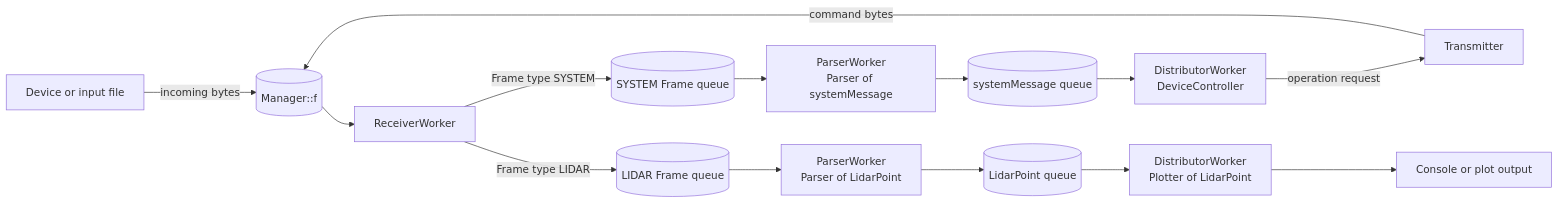
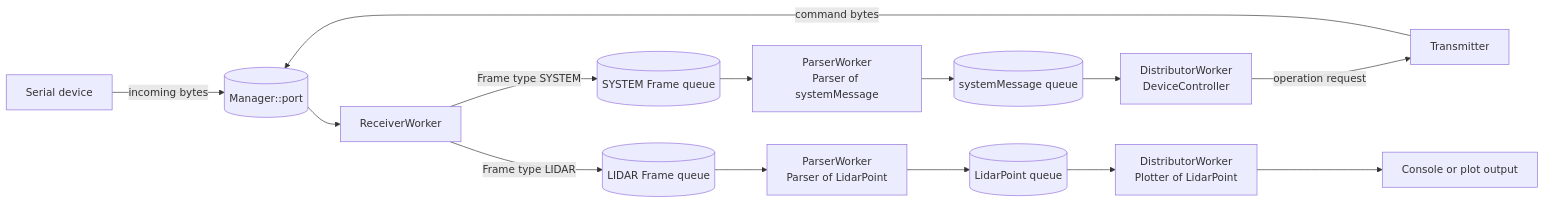
One commit to kei185-codex/my-plot changed the second of 3 diagrams in docs/architecture.md. Above: the diagram before and after it, drawn with Mermaid. The commit also changed other lines of this file and 5 other files, not shown here.

````diff
--- a/docs/architecture.md
+++ b/docs/architecture.md
@@ -111,25 +110,25 @@
 ```mermaid
 flowchart LR
-    source[Device or input file]
-    io[(Manager::f)]
+    source[Serial device]
+    io[(Manager::port)]
     receiver[ReceiverWorker]
     systemFrames[(SYSTEM Frame queue)]
     lidarFrames[(LIDAR Frame queue)]
     systemParser[ParserWorker<br/>Parser of systemMessage]
     lidarParser[ParserWorker<br/>Parser of LidarPoint]
     systemData[(systemMessage queue)]
     lidarData[(LidarPoint queue)]
     controller[DistributorWorker<br/>DeviceController]
     plotter[DistributorWorker<br/>Plotter of LidarPoint]
     transmitter[Transmitter]
     output[Console or plot output]
 
     source -->|incoming bytes| io
     io --> receiver
     receiver -->|Frame type SYSTEM| systemFrames
     receiver -->|Frame type LIDAR| lidarFrames
     systemFrames --> systemParser --> systemData --> controller
     lidarFrames --> lidarParser --> lidarData --> plotter --> output
     controller -->|operation request| transmitter
     transmitter -->|command bytes| io
 ```
````
